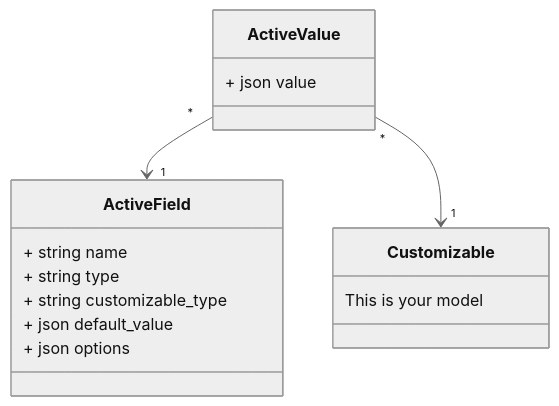
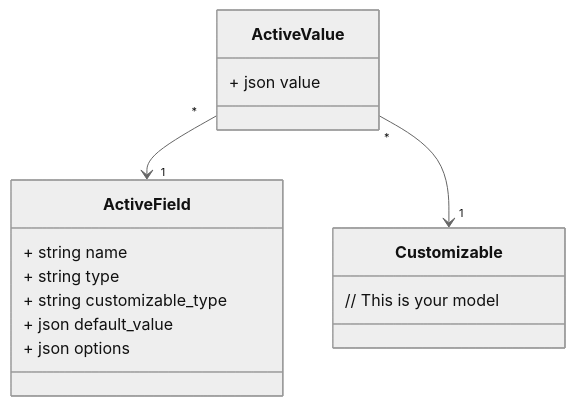
Before and after one commit to lassoid/active_fields: the first of 2 diagrams in README.md, drawn with Mermaid (neutral theme). The commit also changed other lines of this file, not shown here.

Commit message:
Improve docs

````diff
--- a/README.md
+++ b/README.md
@@ -18,19 +18,19 @@
 ```mermaid
 classDiagram
     ActiveValue "*" --> "1" ActiveField
     ActiveValue "*" --> "1" Customizable
 
     class ActiveField {
         + string name
         + string type
         + string customizable_type
         + json default_value
         + json options
     }
     class ActiveValue {
         + json value
     }
     class Customizable {
-        This is your model
+        // This is your model
     }
 ```
````
